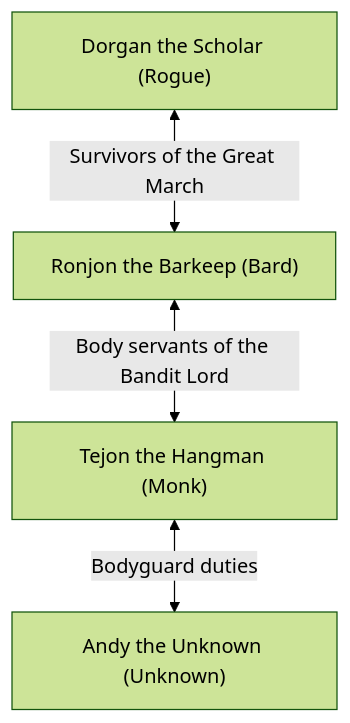
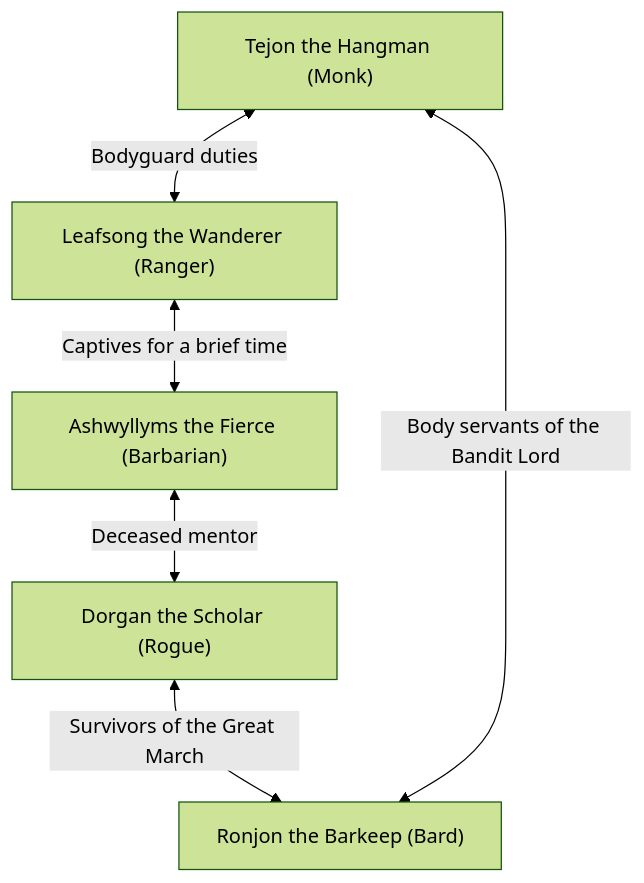
Before and after one commit to RoxvilleRooster/savagery: the diagram in modules/settings/images/ToA_party_bonds.mmd, drawn with Mermaid (forest theme). The commit also changed other lines of this file, not shown here.

```diff
--- a/modules/settings/images/ToA_party_bonds.mmd
+++ b/modules/settings/images/ToA_party_bonds.mmd
@@ -1,9 +1,12 @@
 graph TD
     Tejon["Tejon the Hangman (Monk)"]
     Dorgan["Dorgan the Scholar (Rogue)"]
     Ronjon["Ronjon the Barkeep (Bard)"]
-    Andy["Andy the Unknown (Unknown)"]
+    Andy["Leafsong the Wanderer (Ranger)"]
+    Drew["Ashwyllyms the Fierce (Barbarian)"]
 
     Dorgan <-- "Survivors of the Great March" --> Ronjon
     Ronjon <-- "Body servants of the Bandit Lord" --> Tejon
     Tejon <-- "Bodyguard duties" --> Andy
+    Andy  <-- "Captives for a brief time" --> Drew
+    Drew  <-- "Deceased mentor" --> Dorgan
```
